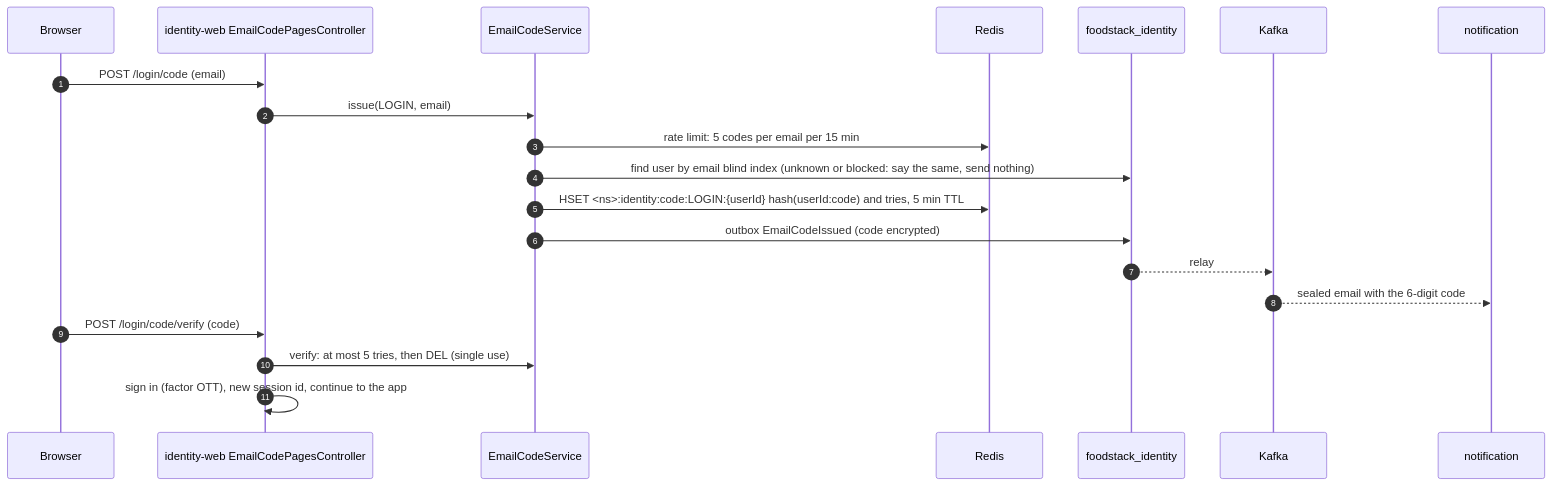
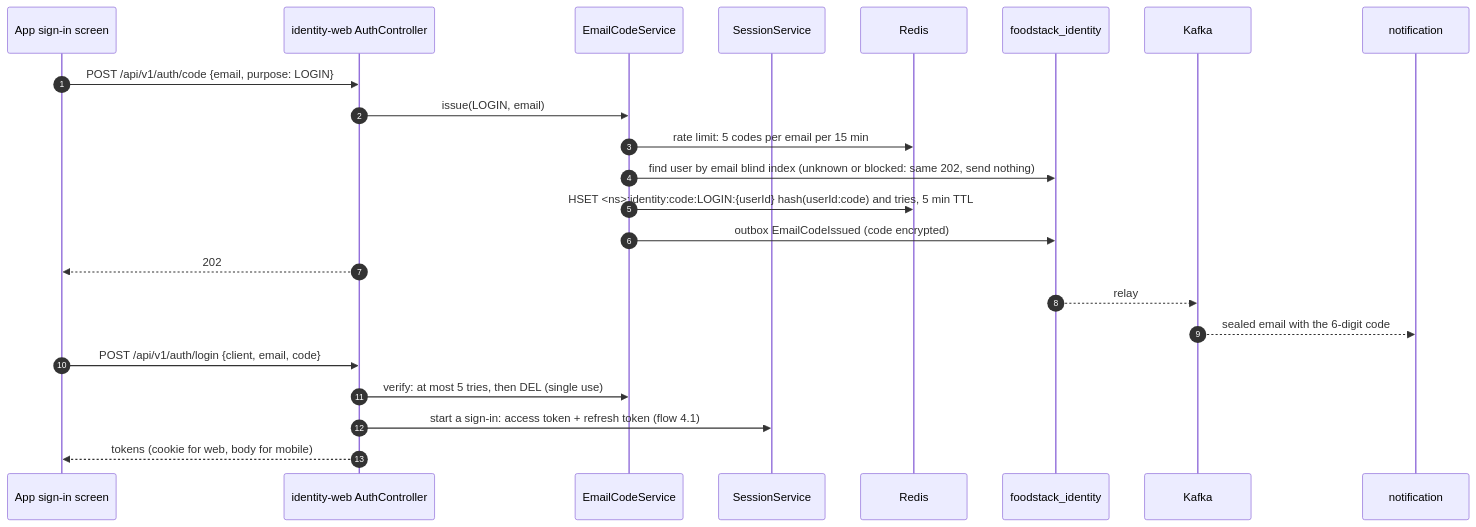
The ninth of 9 diagrams in docs/architecture/06-ordering-flows.md (ilyaslabs/foodstack), drawn with Mermaid before and after one commit. The commit also changed other lines of this file and 11 other files, not shown here.

First line of the commit message:
Docs for the scale-out work: BRD, PRD, TDD 7.3-7.5, 9.1 and 25, deployment guide, flows

````diff
--- a/docs/architecture/06-ordering-flows.md
+++ b/docs/architecture/06-ordering-flows.md
@@ -242,23 +247,26 @@
 ```mermaid
 sequenceDiagram
     autonumber
-    participant U as Browser
-    participant W as identity-web EmailCodePagesController
+    participant U as App sign-in screen
+    participant W as identity-web AuthController
     participant CS as EmailCodeService
+    participant SS as SessionService
     participant R as Redis
     participant DB as foodstack_identity
     participant K as Kafka
     participant N as notification
 
-    U->>W: POST /login/code (email)
+    U->>W: POST /api/v1/auth/code {email, purpose: LOGIN}
     W->>CS: issue(LOGIN, email)
     CS->>R: rate limit: 5 codes per email per 15 min
-    CS->>DB: find user by email blind index (unknown or blocked: say the same, send nothing)
+    CS->>DB: find user by email blind index (unknown or blocked: same 202, send nothing)
     CS->>R: HSET <ns>:identity:code:LOGIN:{userId} hash(userId:code) and tries, 5 min TTL
     CS->>DB: outbox EmailCodeIssued (code encrypted)
+    W-->>U: 202
     DB-->>K: relay
     K-->>N: sealed email with the 6-digit code
-    U->>W: POST /login/code/verify (code)
+    U->>W: POST /api/v1/auth/login {client, email, code}
     W->>CS: verify: at most 5 tries, then DEL (single use)
-    W->>W: sign in (factor OTT), new session id, continue to the app
+    W->>SS: start a sign-in: access token + refresh token (flow 4.1)
+    W-->>U: tokens (cookie for web, body for mobile)
 ```
````
